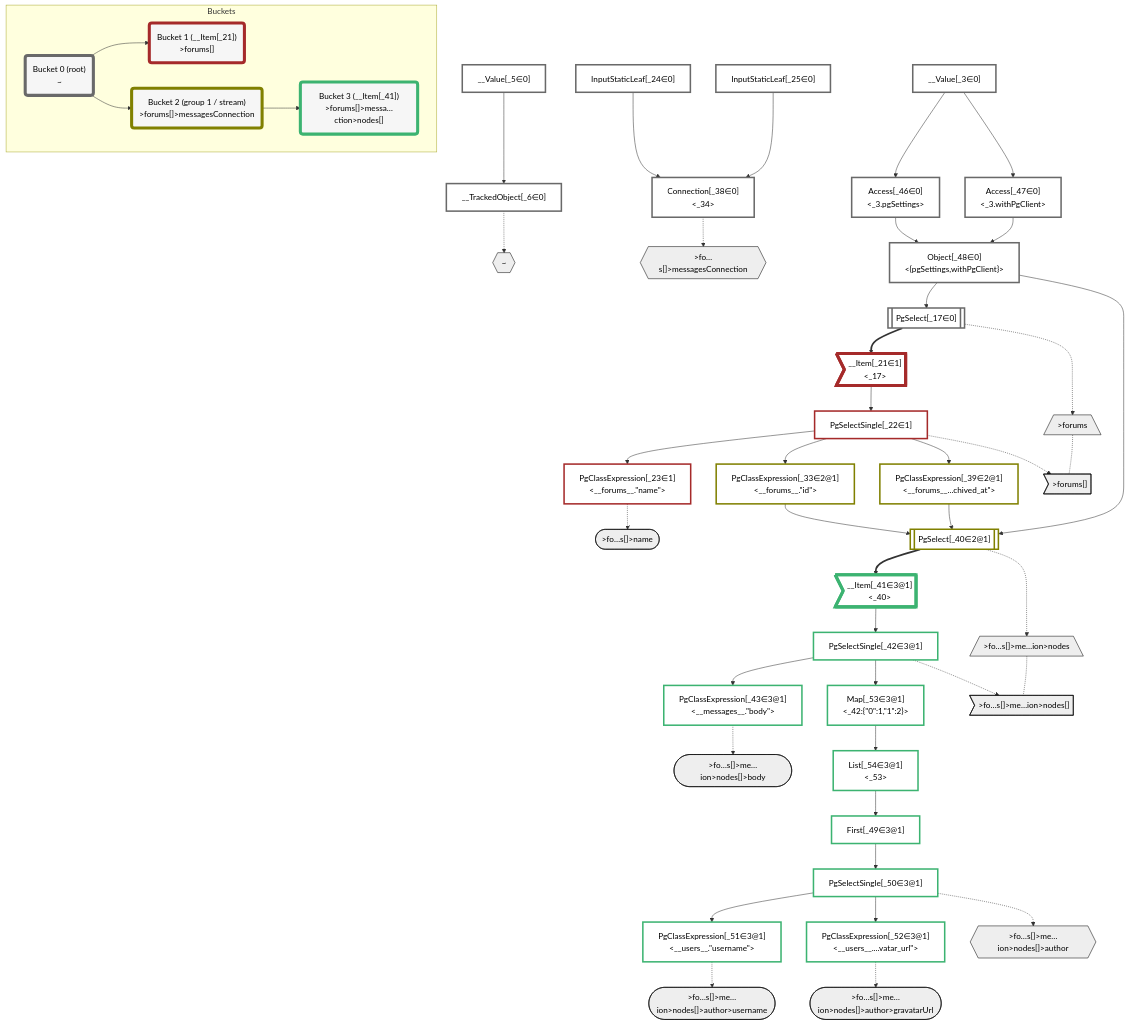
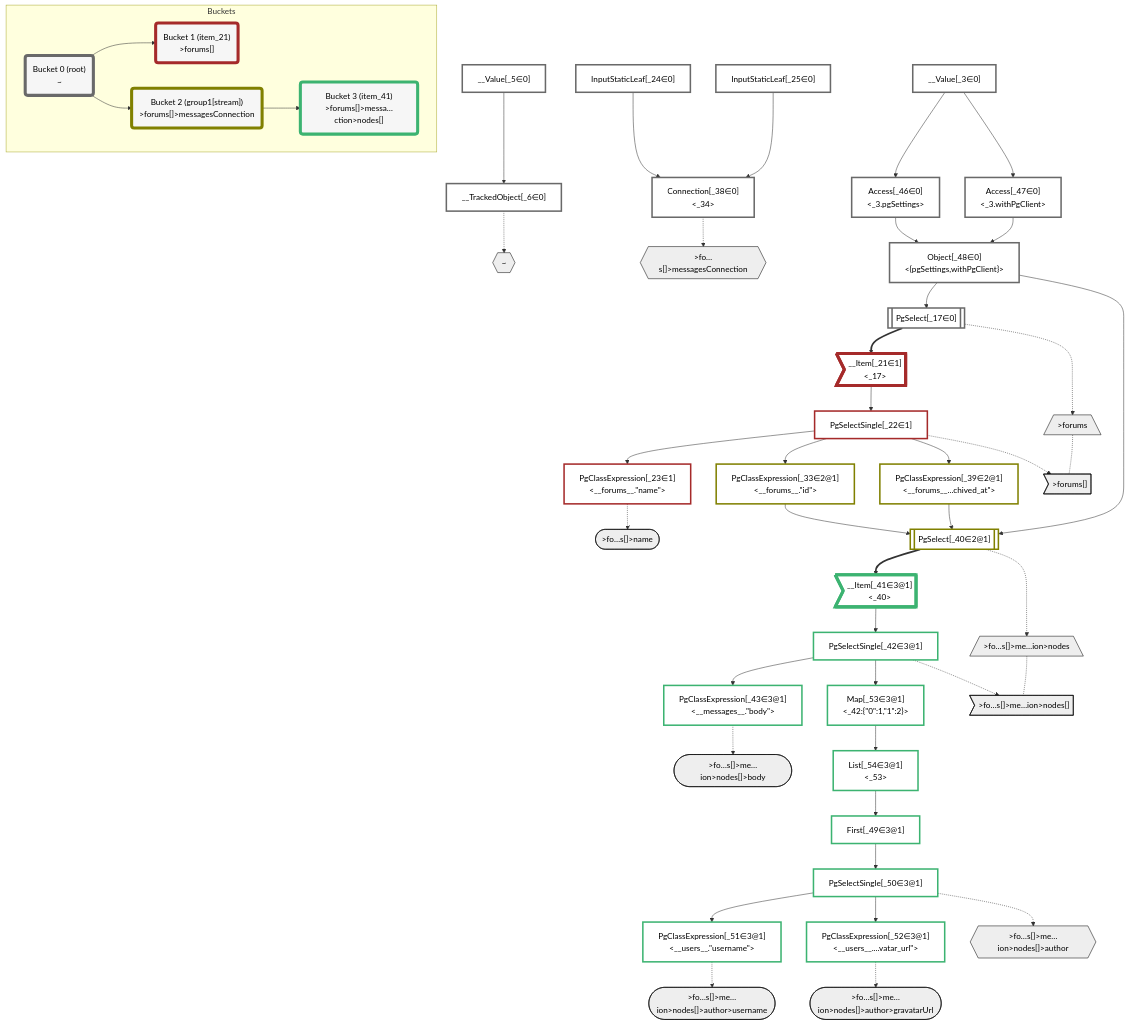
One commit to graphile/crystal changed the diagram in packages/dataplan-pg/__tests__/queries/conditions/archived-forum-inherited-messages.stream-1.mermaid.md. Above: the diagram before and after it, drawn with Mermaid. The commit also changed 159 other files, not shown here.

```diff
--- a/packages/dataplan-pg/__tests__/queries/conditions/archived-forum-inherited-messages.stream-1.mermaid.md
+++ b/packages/dataplan-pg/__tests__/queries/conditions/archived-forum-inherited-messages.stream-1.mermaid.md
@@ -110,13 +110,13 @@
     subgraph Buckets
     Bucket0("Bucket 0 (root)<br />~"):::bucket
     style Bucket0 stroke:#696969
-    Bucket1("Bucket 1 (__Item[_21])<br />>forums[]"):::bucket
+    Bucket1("Bucket 1 (item_21)<br />>forums[]"):::bucket
     style Bucket1 stroke:#a52a2a
     Bucket0 --> Bucket1
-    Bucket2("Bucket 2 (group 1 / stream)<br />>forums[]>messagesConnection"):::bucket
+    Bucket2("Bucket 2 (group1[stream])<br />>forums[]>messagesConnection"):::bucket
     style Bucket2 stroke:#808000
     Bucket0 --> Bucket2
-    Bucket3("Bucket 3 (__Item[_41])<br />>forums[]>messa…ction>nodes[]"):::bucket
+    Bucket3("Bucket 3 (item_41)<br />>forums[]>messa…ction>nodes[]"):::bucket
     style Bucket3 stroke:#3cb371
     Bucket2 --> Bucket3
     end
```
